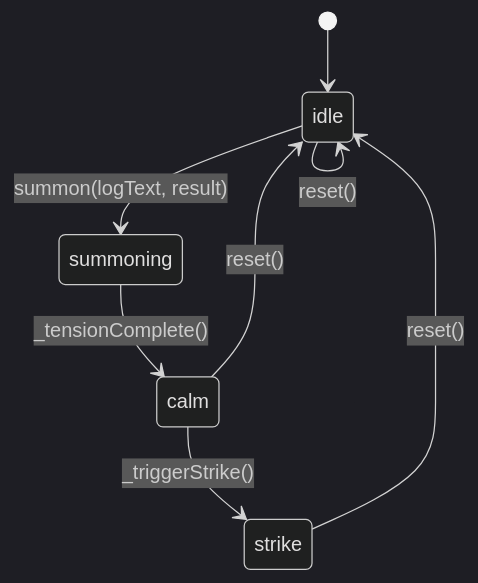
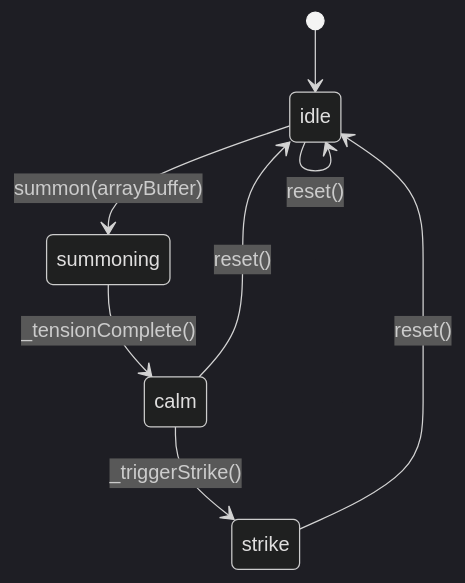
One commit to sojourner-sec/packet-seance changed the second of 2 diagrams in .kiro/specs/seance-spirit-board/design.md. Above: the diagram before and after it, drawn with Mermaid (dark theme). The commit also changed other lines of this file and 5 other files, not shown here.

````diff
--- a/.kiro/specs/seance-spirit-board/design.md
+++ b/.kiro/specs/seance-spirit-board/design.md
@@ -120,10 +289,10 @@
 ```mermaid
 stateDiagram-v2
     [*] --> idle
-    idle --> summoning : summon(logText, result)
+    idle --> summoning : summon(arrayBuffer)
     summoning --> calm : _tensionComplete()
     calm --> strike : _triggerStrike()
     calm --> idle : reset()
     strike --> idle : reset()
     idle --> idle : reset()
 ```
````
